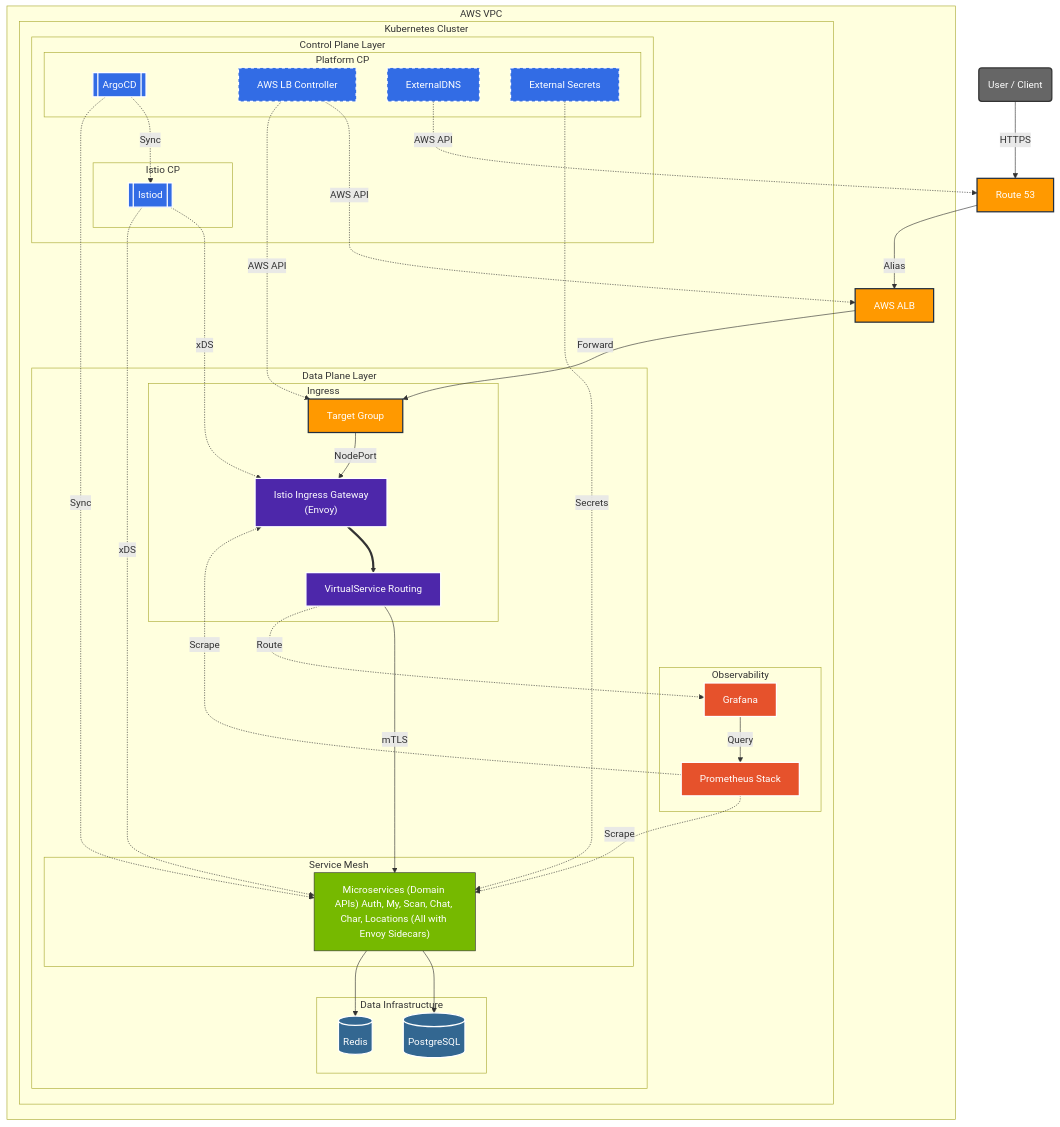
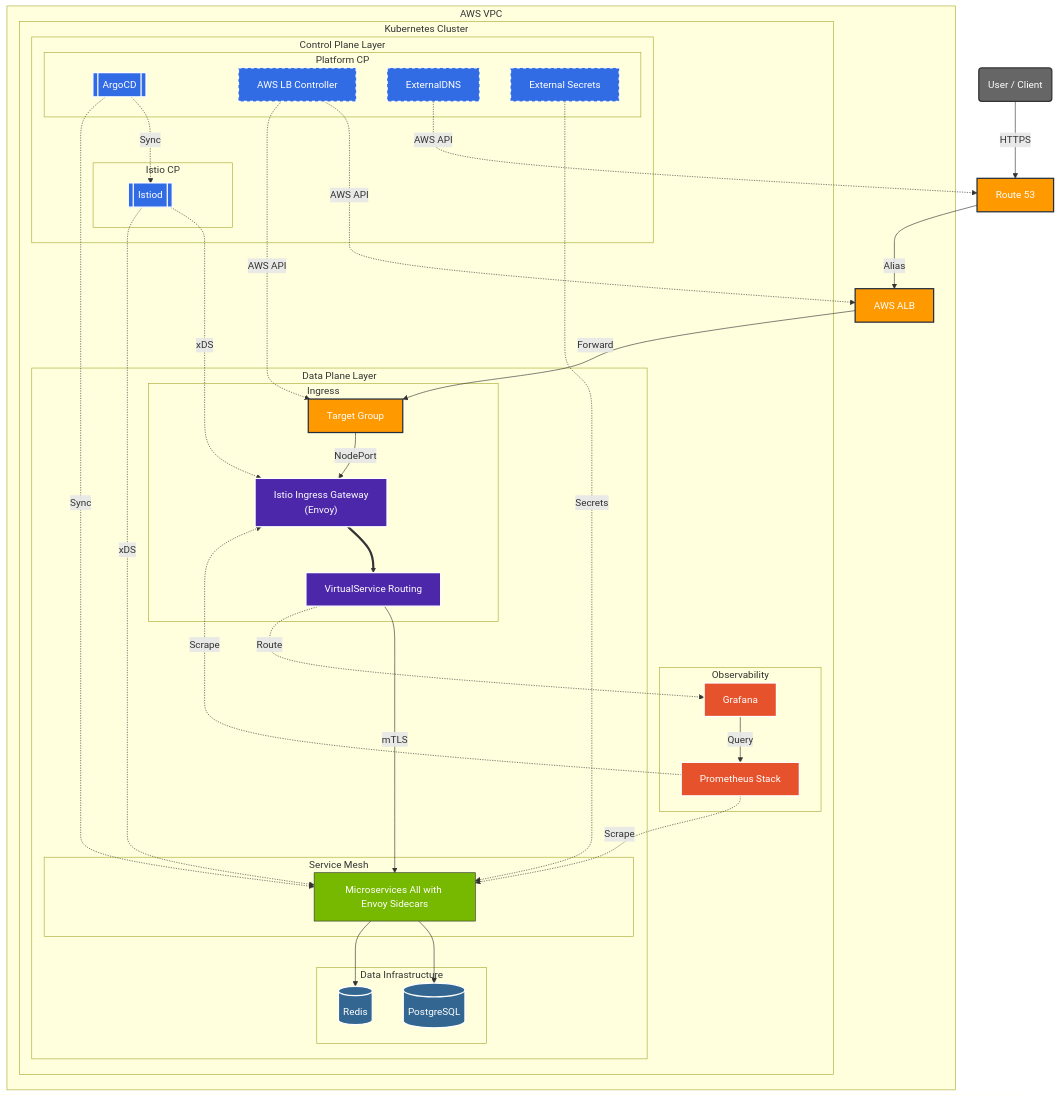
One commit to SeSACTHON/backend changed the first of 2 diagrams in README.md. Above: the diagram before and after it, drawn with Mermaid.

```diff
--- a/README.md
+++ b/README.md
@@ -49,7 +49,7 @@
                 end
 
                 subgraph "Service Mesh"
-                    Apps["Microservices (Domain APIs) Auth, My, Scan, Chat, Char, Locations (All with Envoy Sidecars)"]
+                    Apps["Microservices All with Envoy Sidecars"]
                 end
 
                 subgraph "Data Infrastructure"
```
